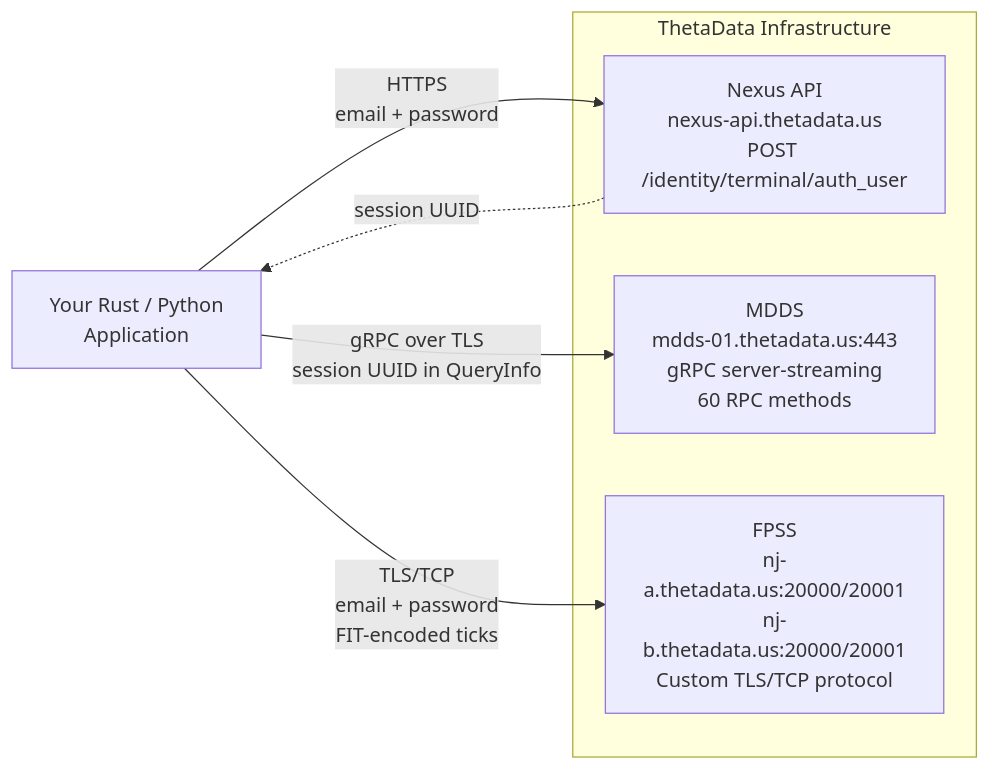
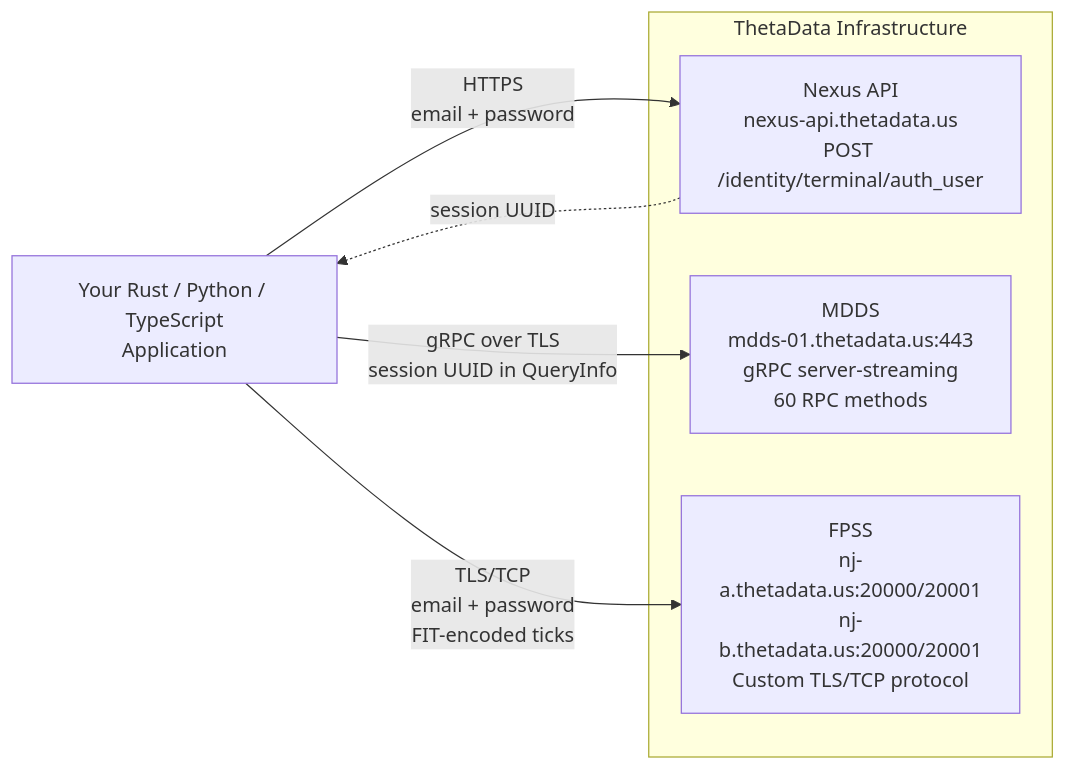
One commit to userFRM/ThetaDataDx changed the first of 15 diagrams in docs/architecture.md. Above: the diagram before and after it, drawn with Mermaid. The commit also changed other lines of this file and 106 other files, not shown here.

First line of the commit message:
feat: TypeScript/NPM SDK (SSOT-generated from TOML) (#332)

````diff
--- a/docs/architecture.md
+++ b/docs/architecture.md
@@ -5,16 +5,16 @@
 ```mermaid
 graph LR
-    App["Your Rust / Python<br/>Application"]
+    App["Your Rust / Python / TypeScript<br/>Application"]
 
     subgraph ThetaData Infrastructure
         Nexus["Nexus API<br/>nexus-api.thetadata.us<br/>POST /identity/terminal/auth_user"]
         MDDS["MDDS<br/>mdds-01.thetadata.us:443<br/>gRPC server-streaming<br/>60 RPC methods"]
         FPSS["FPSS<br/>nj-a.thetadata.us:20000/20001<br/>nj-b.thetadata.us:20000/20001<br/>Custom TLS/TCP protocol"]
     end
 
     App -->|"HTTPS<br/>email + password"| Nexus
     App -->|"gRPC over TLS<br/>session UUID in QueryInfo"| MDDS
     App -->|"TLS/TCP<br/>email + password<br/>FIT-encoded ticks"| FPSS
 
     Nexus -. "session UUID" .-> App
 ```
````
